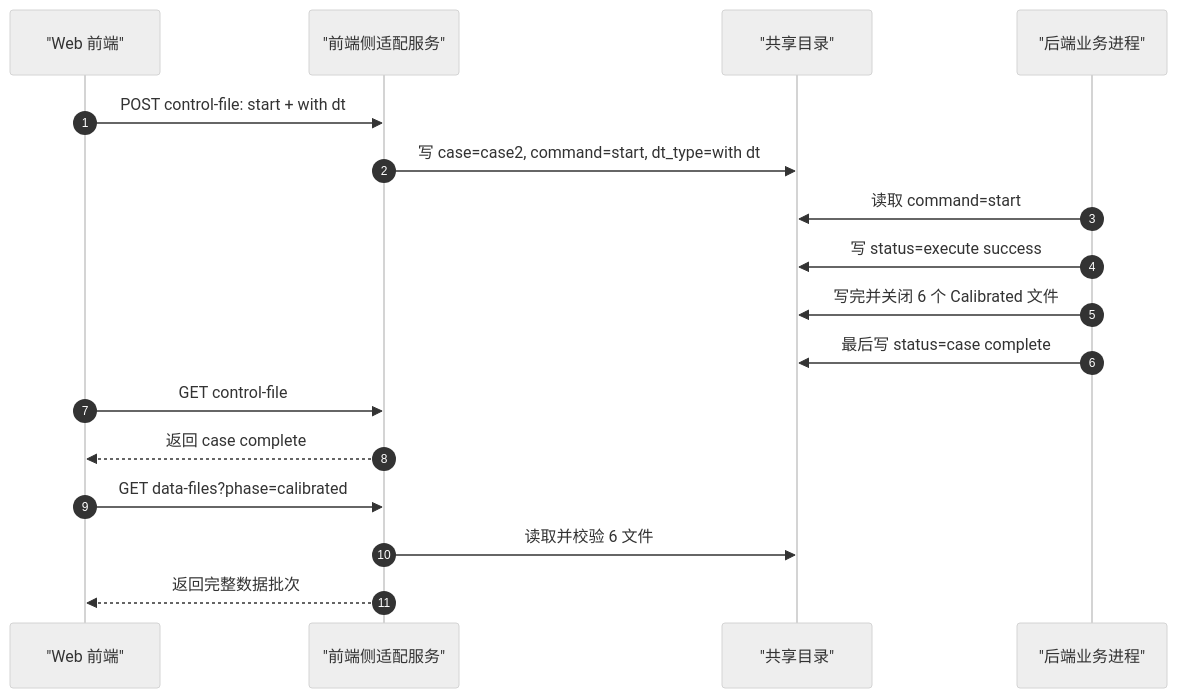
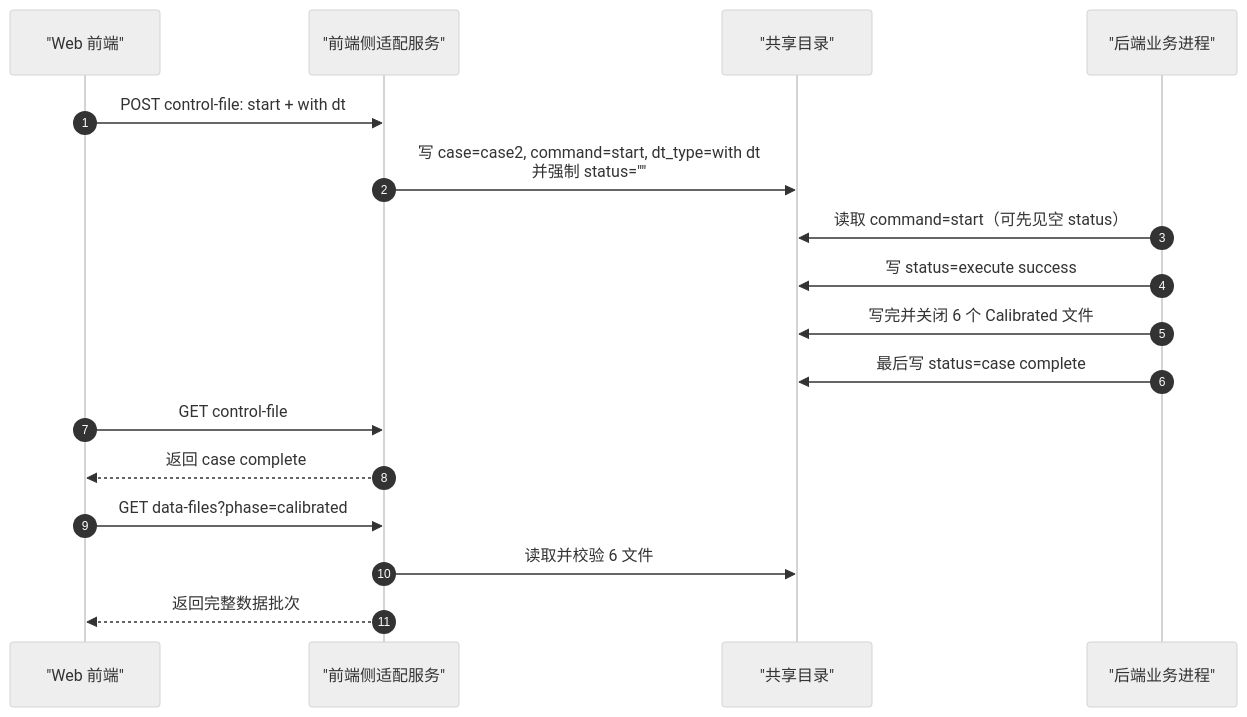
The first of 3 diagrams in doc/case2/BACKEND-API-HANDOFF.md (JackweiStud/2030-DT), drawn with Mermaid (neutral theme) before and after one commit. The commit also changed other lines of this file and 16 other files, not shown here.

````diff
--- a/doc/case2/BACKEND-API-HANDOFF.md
+++ b/doc/case2/BACKEND-API-HANDOFF.md
@@ -407,20 +421,20 @@
 ```mermaid
 sequenceDiagram
   autonumber
   participant Web as "Web 前端"
   participant Adapter as "前端侧适配服务"
   participant Shared as "共享目录"
   participant Backend as "后端业务进程"
 
   Web->>Adapter: POST control-file: start + with dt
-  Adapter->>Shared: 写 case=case2, command=start, dt_type=with dt
-  Backend->>Shared: 读取 command=start
+  Adapter->>Shared: 写 case=case2, command=start, dt_type=with dt<br/>并强制 status=""
+  Backend->>Shared: 读取 command=start（可先见空 status）
   Backend->>Shared: 写 status=execute success
   Backend->>Shared: 写完并关闭 6 个 Calibrated 文件
   Backend->>Shared: 最后写 status=case complete
   Web->>Adapter: GET control-file
   Adapter-->>Web: 返回 case complete
   Web->>Adapter: GET data-files?phase=calibrated
   Adapter->>Shared: 读取并校验 6 文件
   Adapter-->>Web: 返回完整数据批次
 ```
````
